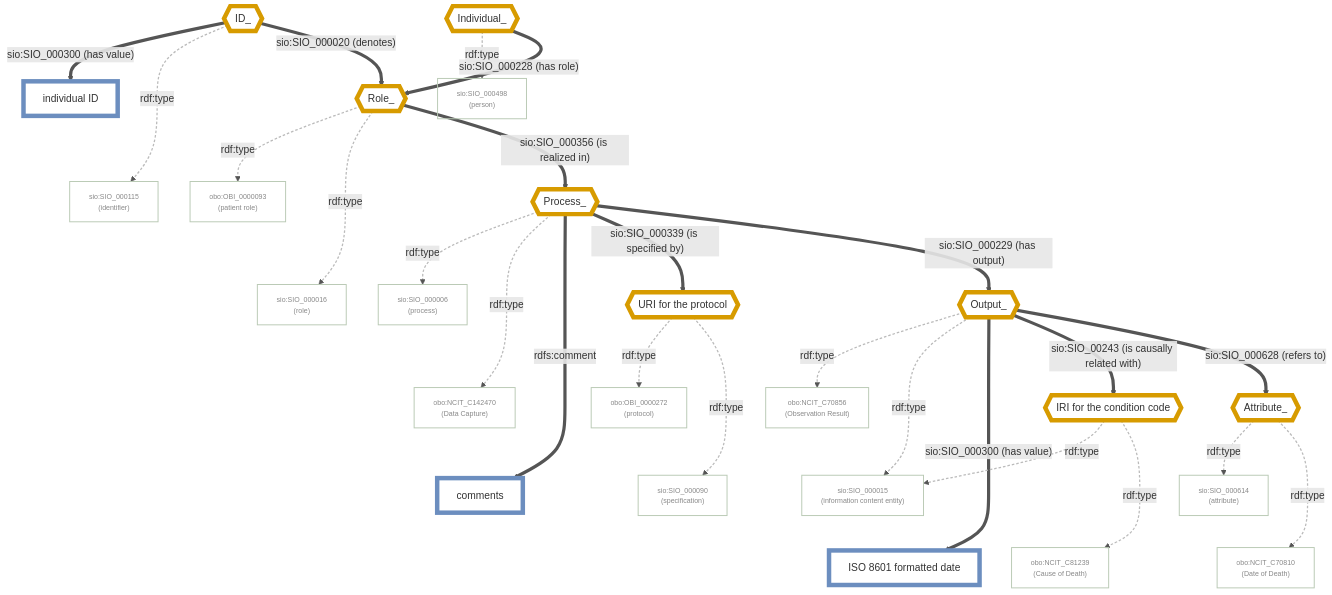
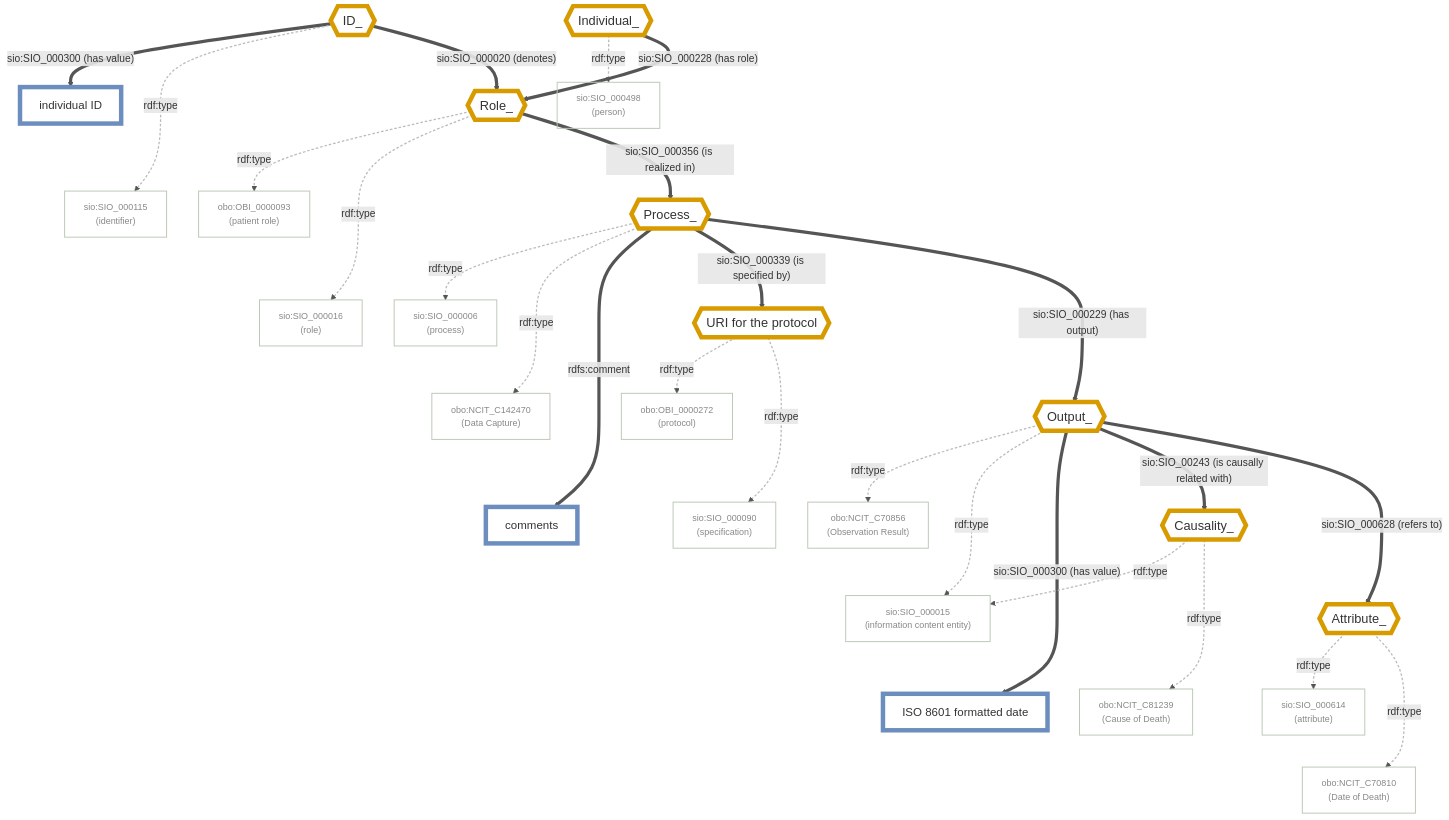
Before and after one commit to wilkinsonlab/CARE-Semantic-Model-Version-2: the diagram in diagrams/CARE-SM-obo-Deathdate.md, drawn with Mermaid. The commit also changed 29 other files, not shown here.

````diff
--- a/diagrams/CARE-SM-obo-Deathdate.md
+++ b/diagrams/CARE-SM-obo-Deathdate.md
@@ -16,8 +16,8 @@
 ```mermaid
 flowchart TD
-    classDef usedInstance fill:#ffffff,stroke:#d79b00,stroke-width:7px,color:#333
-    classDef classNode fill:transparent,stroke:#b9c9b4,stroke-width:1.5px,color:#888,font-size:11px
-    classDef dataValue fill:#ffffff,stroke:#6c8ebf,stroke-width:7px,color:#333
+    classDef usedInstance fill:#ffffff,stroke:#d79b00,stroke-width:7px,color:#333,font-size:20px
+    classDef classNode fill:transparent,stroke:#b9c9b4,stroke-width:1.5px,color:#888,font-size:14px
+    classDef dataValue fill:#ffffff,stroke:#6c8ebf,stroke-width:7px,color:#333,font-size:18px
     linkStyle default stroke:#555,stroke-width:5px
 
     %% Instances
@@ -28,7 +28,7 @@
     Output_{{Output_}}:::usedInstance
     Attribute_{{Attribute_}}:::usedInstance
     URIProtocol{{"URI for the protocol"}}:::usedInstance
-    IRIConditionCode{{"IRI for the condition code"}}:::usedInstance
+    Causality_{{Causality_}}:::usedInstance
 
     %% Classes
     SIO_000115["sio:SIO_000115<br/>(identifier)"]:::classNode
@@ -74,16 +74,16 @@
     Output_ -->|"rdf:type"| NCIT_C70856
     Output_ -->|"rdf:type"| SIO_000015
     Output_ -->|"sio:SIO_000300 (has value)"| ISO8601
-    Output_ -->|"sio:SIO_00243 (is causally related with)"| IRIConditionCode
+    Output_ -->|"sio:SIO_00243 (is causally related with)"| Causality_
     Output_ -->|"sio:SIO_000628 (refers to)"| Attribute_
 
-    IRIConditionCode -->|"rdf:type"| SIO_000015
-    IRIConditionCode -->|"rdf:type"| NCIT_C81239
+    Causality_ -->|"rdf:type"| SIO_000015
+    Causality_ -->|"rdf:type"| NCIT_C81239
 
     Attribute_ -->|"rdf:type"| SIO_000614
     Attribute_ -->|"rdf:type"| NCIT_C70810
 
-    %% Invisible layout-only chains (indices 24-32, hidden below) force siblings into one column
+    %% Invisible layout-only chains (indices 24-34, hidden below) force siblings into one column
     IndividualID ~~~ SIO_000115
     OBI_0000093 ~~~ SIO_000016
     SIO_000006 ~~~ NCIT_C142470 ~~~ Comments
@@ -92,7 +92,9 @@
     SIO_000015 ~~~ NCIT_C81239
     SIO_000614 ~~~ NCIT_C70810
 
+    URIProtocol ~~~ Output_
+    Causality_ ~~~ Attribute_
     %% rdf:type edges (indices 1,3,5,6,8,9,13,14,15,16,20,21,22,23) de-emphasized so the structural backbone stands out
     linkStyle 1,3,5,6,8,9,13,14,15,16,20,21,22,23 stroke:#bbb,stroke-width:2px,stroke-dasharray:4 3
-    linkStyle 24,25,26,27,28,29,30,31,32 stroke:none
+    linkStyle 24,25,26,27,28,29,30,31,32,33,34 stroke:none
 ```
````
